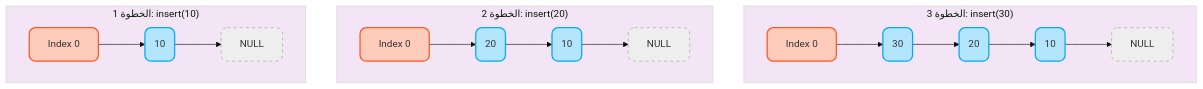
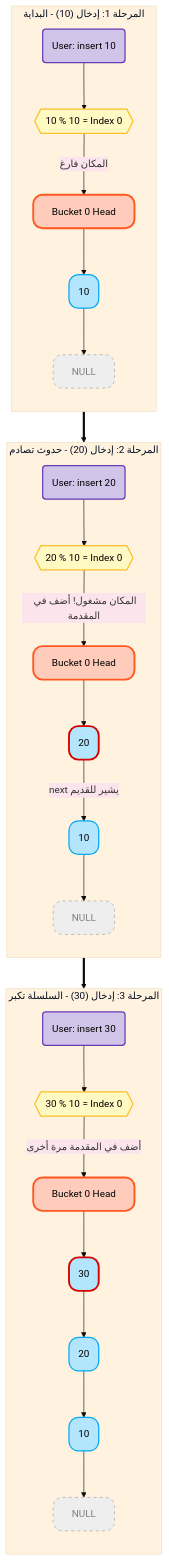
Diagram 14 of 24 in Data Structure/16-Hash Table - lecture codes.md (muhammad-khaled-tech/My-Study-Notes), drawn with Mermaid before and after one commit. The commit also changed 2 other files, not shown here.

Commit message:
vault backup: 2026-01-11 23:13:22

````diff
--- a/Data Structure/16-Hash Table - lecture codes.md
+++ b/Data Structure/16-Hash Table - lecture codes.md
@@ -557,31 +557,64 @@
 ```mermaid
-%%{init: {'theme': 'base', 'themeVariables': { 'primaryColor': '#e1f5fe', 'edgeLabelBackground':'#ffffff', 'tertiaryColor': '#f3e5f5'}}}%%
-graph LR
-    %% ستايل النودز عشان تبقى مدورة وشيك
-    classDef head fill:#ffccbc,stroke:#ff5722,stroke-width:2px;
-    classDef node fill:#b3e5fc,stroke:#03a9f4,stroke-width:2px,rx:10,ry:10;
-    classDef null fill:#eeeeee,stroke:#9e9e9e,stroke-width:1px,stroke-dasharray: 5 5;
+%%{init: {'theme': 'base', 'themeVariables': { 'primaryColor': '#e3f2fd', 'secondaryColor': '#fce4ec', 'tertiaryColor': '#fff3e0'}}}%%
+graph TD
+    %% تعريف الستايلات
+    
+    %% ستايل أمر الإدخال
+    classDef cmd fill:#d1c4e9,stroke:#673ab7,stroke-width:2px,rx:5,ry:5,color:black;
+    
+    %% ستايل العملية الحسابية
+    classDef calc fill:#fff9c4,stroke:#fbc02d,stroke-width:2px,shape:hexagon,color:black;
+    
+    %% ستايل رأس السلسلة
+    classDef bucket fill:#ffccbc,stroke:#ff5722,stroke-width:3px,color:black;
+    
+    %% ستايل البيانات
+    classDef node fill:#b3e5fc,stroke:#03a9f4,stroke-width:2px,rx:15,ry:15,color:black;
+    
+    %% ستايل النهاية
+    classDef null fill:#eeeeee,stroke:#9e9e9e,stroke-width:1px,stroke-dasharray: 5 5,color:gray;
 
-    %% اللقطة الأولى
-    subgraph Step1 [" الخطوة 1: insert(10) "]
-        direction LR
-        H1[Index 0]:::head --> N1(10):::node --> Null1[NULL]:::null
+    %% === الخطوة الأولى ===
+    subgraph S1 [" المرحلة 1: إدخال (10) - البداية "]
+        direction TB
+        Input1(User: insert 10):::cmd --> Calc1{{10 % 10 = Index 0}}:::calc
+        Calc1 -- "المكان فارغ" --> Bucket1[Bucket 0 Head]:::bucket
+        Bucket1 --> Node1(10):::node --> Null1[NULL]:::null
     end
 
-    %% اللقطة الثانية
-    subgraph Step2 [" الخطوة 2: insert(20) "]
-        direction LR
-        H2[Index 0]:::head --> N2(20):::node 
-        N2 --> N1_2(10):::node --> Null2[NULL]:::null
+    %% سهم كبير يفصل بين المراحل
+    S1 ==> S2
+
+    %% === الخطوة الثانية ===
+    subgraph S2 [" المرحلة 2: إدخال (20) - حدوث تصادم "]
+        direction TB
+        Input2(User: insert 20):::cmd --> Calc2{{20 % 10 = Index 0}}:::calc
+        
+        Calc2 -- "المكان مشغول! أضف في المقدمة" --> Bucket2[Bucket 0 Head]:::bucket
+        Bucket2 --> Node2(20):::node
+        
+        %% توضيح الرابط الجديد
+        Node2 -- "next يشير للقديم" --> Node1_old(10):::node --> Null2[NULL]:::null
+        
+        %% تمييز العنصر الجديد
+        style Node2 stroke:#d50000,stroke-width:3px
     end
 
-    %% اللقطة الثالثة
-    subgraph Step3 [" الخطوة 3: insert(30) "]
-        direction LR
-        H3[Index 0]:::head --> N3(30):::node
-        N3 --> N2_2(20):::node --> N1_3(10):::node --> Null3[NULL]:::null
+    %% سهم كبير يفصل بين المراحل
+    S2 ==> S3
+
+    %% === الخطوة الثالثة ===
+    subgraph S3 [" المرحلة 3: إدخال (30) - السلسلة تكبر "]
+        direction TB
+        Input3(User: insert 30):::cmd --> Calc3{{30 % 10 = Index 0}}:::calc
+        
+        Calc3 -- "أضف في المقدمة مرة أخرى" --> Bucket3[Bucket 0 Head]:::bucket
+        Bucket3 --> Node3(30):::node
+        
+        %% توضيح الروابط
+        Node3 --> Node2_old(20):::node --> Node1_old2(10):::node --> Null3[NULL]:::null
+        
+        %% تمييز العنصر الجديد
+        style Node3 stroke:#d50000,stroke-width:3px
     end
-
-    %% تظبيط المسافات (اختياري)
-    Step1 ~~~ Step2 ~~~ Step3
 ```
````
